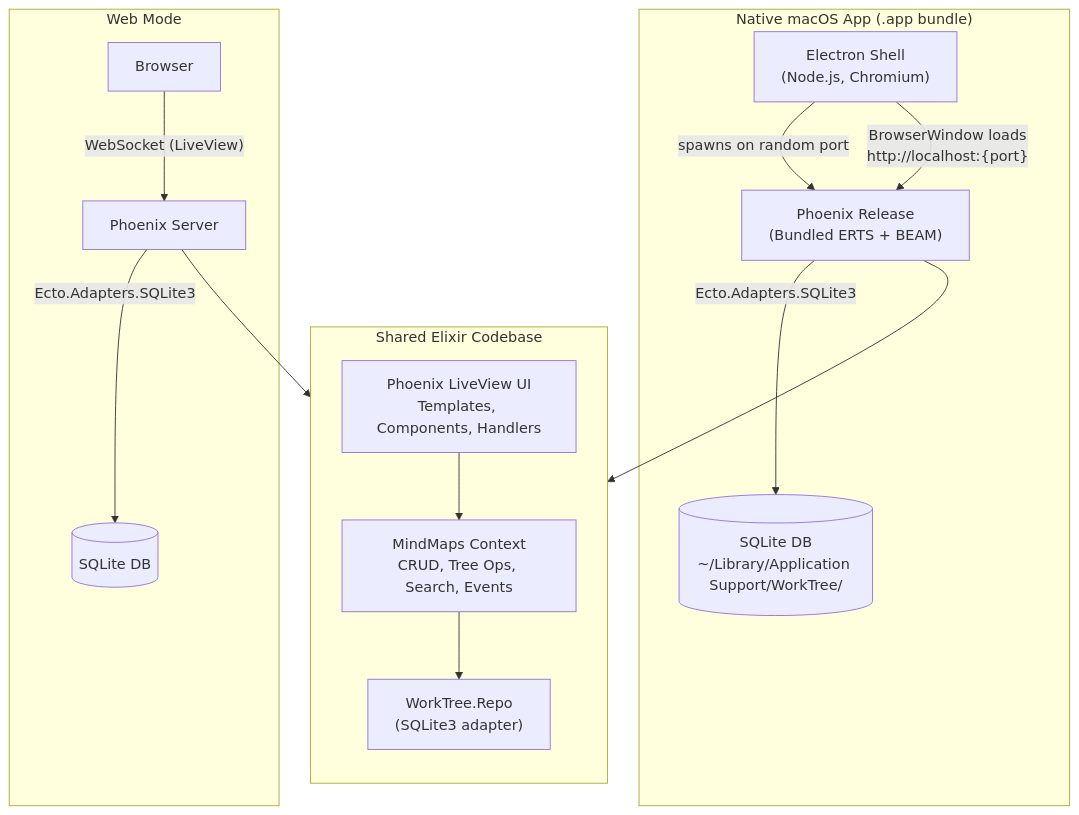
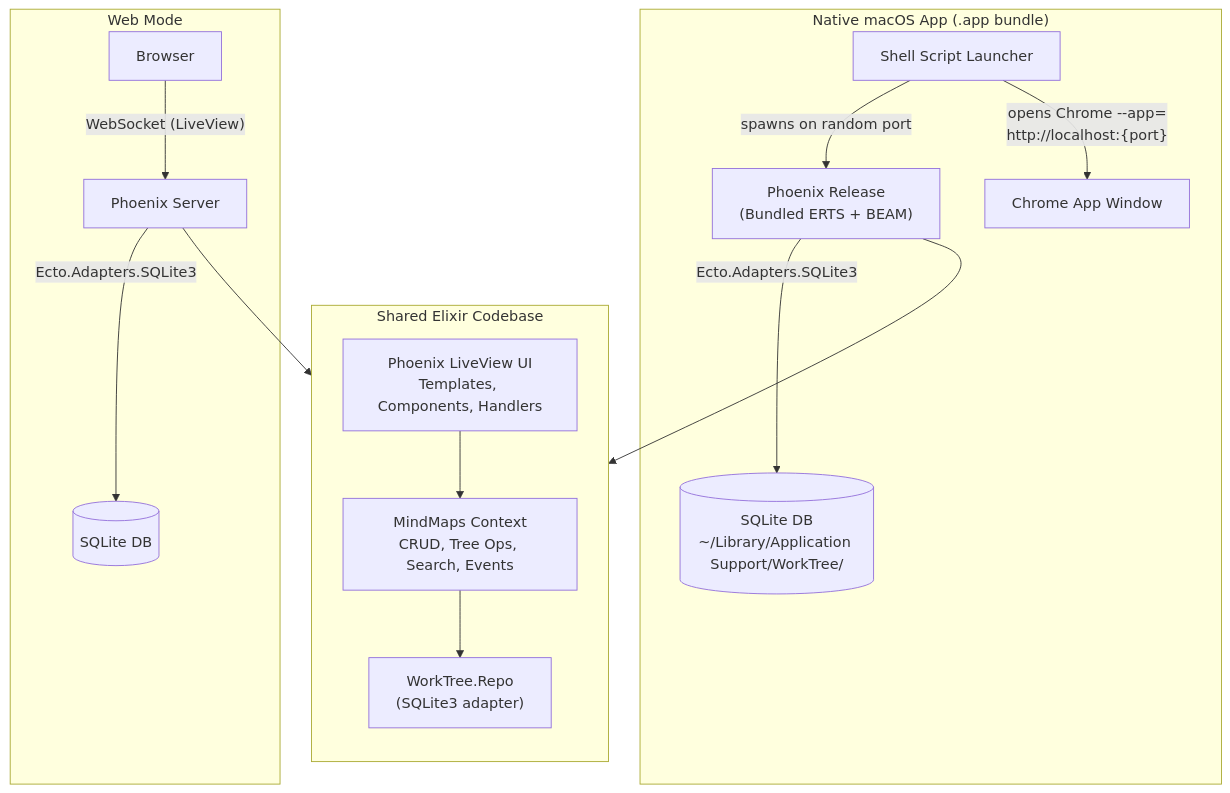
The diagram in README.md (xorvo/rio), drawn with Mermaid before and after one commit. The commit also changed other lines of this file and 19 other files, not shown here.

First line of the commit message:
Replace Electron with Chrome app-mode launcher for desktop shell

````diff
--- a/README.md
+++ b/README.md
@@ -25,34 +25,34 @@
 ```mermaid
 graph TB
     subgraph "Native macOS App (.app bundle)"
-        Electron["Electron Shell<br/>(Node.js, Chromium)"]
+        Launcher["Shell Script Launcher"]
         Sidecar["Phoenix Release<br/>(Bundled ERTS + BEAM)"]
         SQLiteD[(SQLite DB<br/>~/Library/Application Support/WorkTree/)]
 
-        Electron -->|"spawns on random port"| Sidecar
+        Launcher -->|"spawns on random port"| Sidecar
         Sidecar -->|"Ecto.Adapters.SQLite3"| SQLiteD
-        Electron -->|"BrowserWindow loads<br/>http://localhost:{port}"| Sidecar
+        Launcher -->|"opens Chrome --app=<br/>http://localhost:{port}"| Chrome["Chrome App Window"]
     end
 
     subgraph "Web Mode"
         Browser["Browser"]
         Phoenix["Phoenix Server"]
         SQLiteW[(SQLite DB)]
 
         Browser -->|"WebSocket (LiveView)"| Phoenix
         Phoenix -->|"Ecto.Adapters.SQLite3"| SQLiteW
     end
 
     subgraph "Shared Elixir Codebase"
         direction TB
         LiveView["Phoenix LiveView UI<br/>Templates, Components, Handlers"]
         Context["MindMaps Context<br/>CRUD, Tree Ops, Search, Events"]
         Repo["WorkTree.Repo<br/>(SQLite3 adapter)"]
 
         LiveView --> Context
         Context --> Repo
     end
 
     Phoenix --> LiveView
     Sidecar --> LiveView
 ```
````
